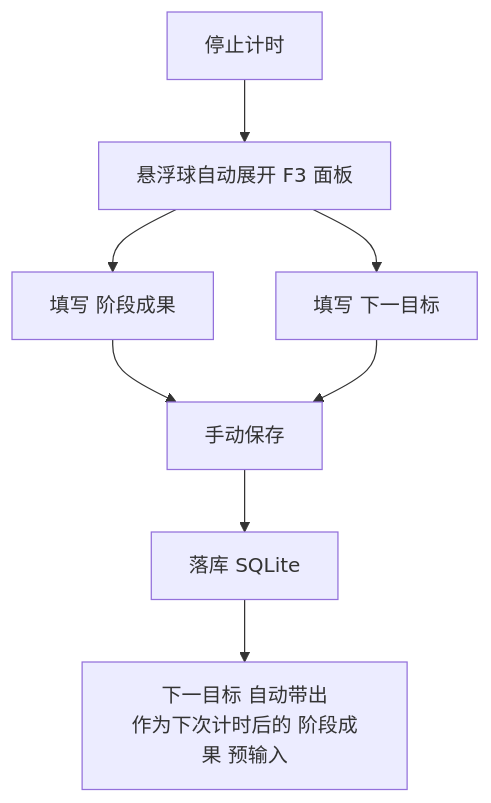
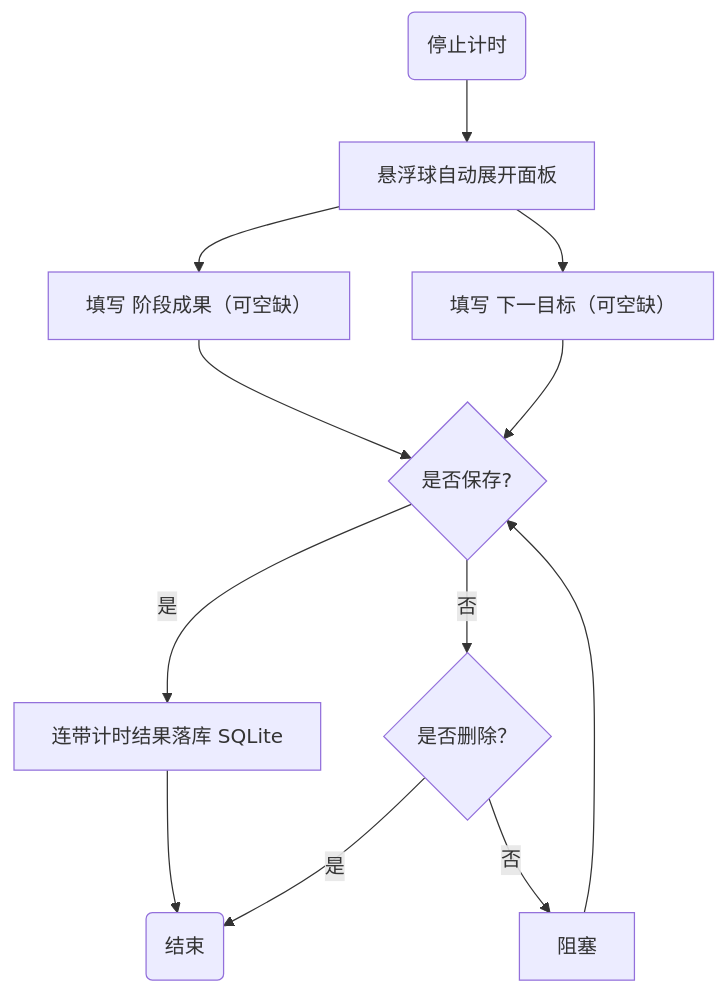
One commit to YangYuhua122121/WorkLog changed the third of 5 diagrams in worklog-PRD文档.md. Above: the diagram before and after it, drawn with Mermaid. The commit also changed other lines of this file and 3 other files, not shown here.

````diff
--- a/worklog-PRD文档.md
+++ b/worklog-PRD文档.md
@@ -314,10 +255,13 @@
 ```mermaid
 flowchart TD
-    A[停止计时] --> B[悬浮球自动展开 F3 面板]
-    B --> C[填写 阶段成果]
-    B --> D[填写 下一目标]
-    C --> E[手动保存]
+    A(停止计时) --> B[悬浮球自动展开面板]
+    B --> C[填写 阶段成果（可空缺）]
+    B --> D[填写 下一目标（可空缺）]
+    C --> E{是否保存?}
     D --> E
-    E --> F[落库 SQLite]
-    F --> G[下一目标 自动带出\n作为下次计时后的 阶段成果 预输入]
+    E --是--> F[连带计时结果落库 SQLite]
+    E --否--> H{是否删除？}
+    H --是--> I(结束) 
+    H --否--> J[阻塞]--> E
+    F --> I
 ```
````
